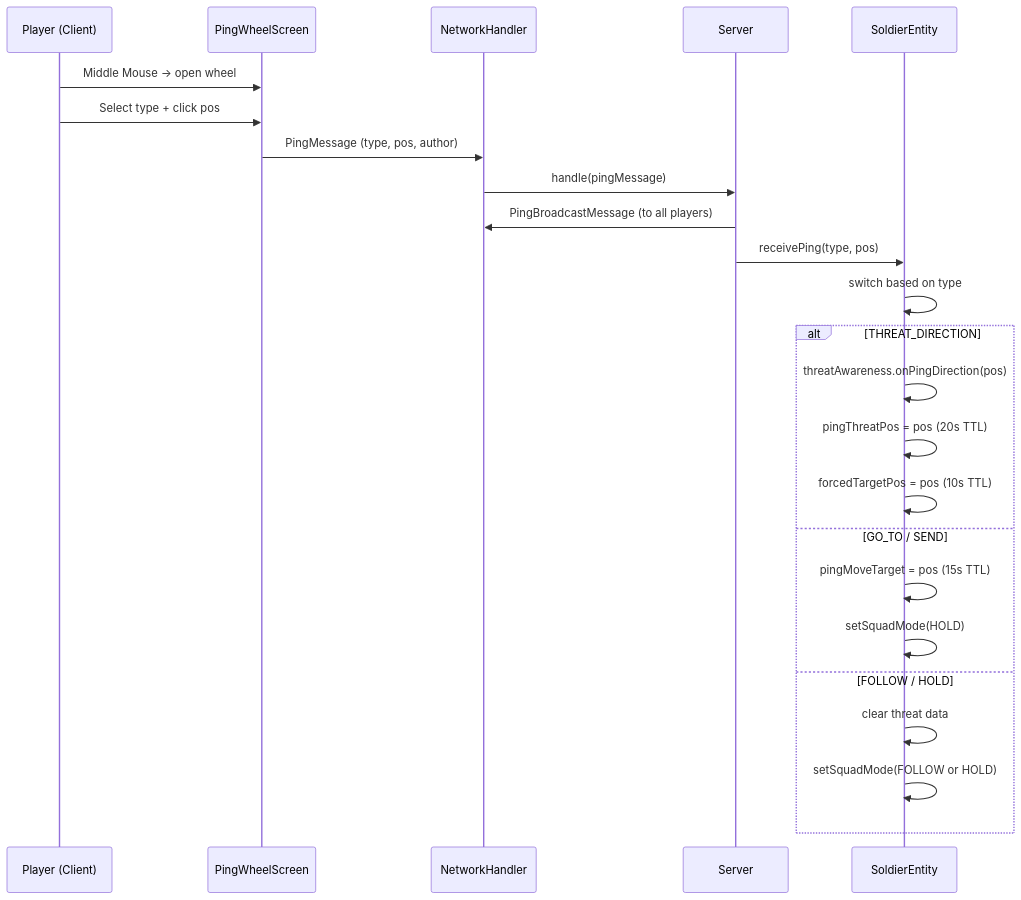
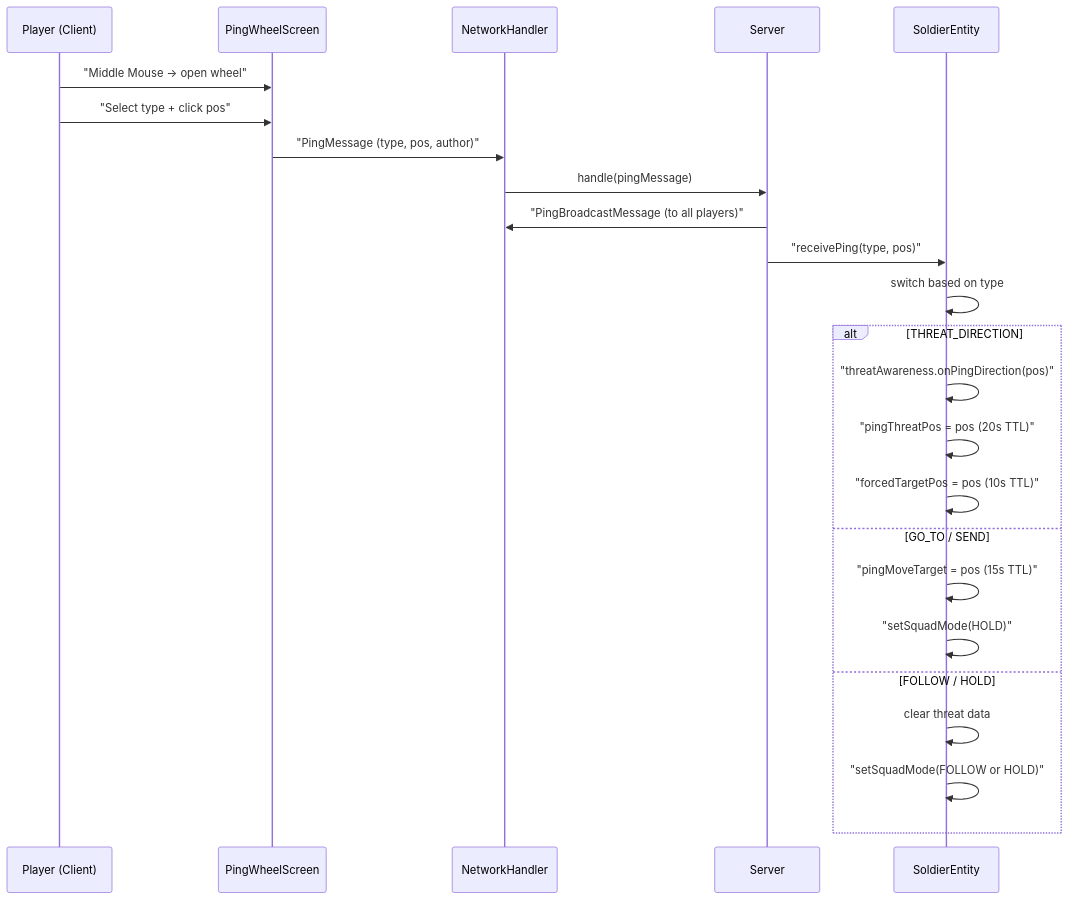
One commit to MegiTicky/steves_army changed diagram 22 of 27 in ARCHITECTURE.md. Above: the diagram before and after it, drawn with Mermaid. The commit also changed other lines of this file, not shown here.

Commit message:
Fix Mermaid v11 syntax: quote all node labels with special characters

````diff
--- a/ARCHITECTURE.md
+++ b/ARCHITECTURE.md
@@ -847,28 +847,28 @@
 ```mermaid
 sequenceDiagram
     Participant Player as Player (Client)
     Participant Wheel as PingWheelScreen
     Participant Network as NetworkHandler
     Participant Server as Server
     Participant Soldier as SoldierEntity
 
-    Player->>Wheel: Middle Mouse -> open wheel
-    Player->>Wheel: Select type + click pos
-    Wheel->>Network: PingMessage (type, pos, author)
+    Player->>Wheel: "Middle Mouse -> open wheel"
+    Player->>Wheel: "Select type + click pos"
+    Wheel->>Network: "PingMessage (type, pos, author)"
     Network->>Server: handle(pingMessage)
-    Server->>Network: PingBroadcastMessage (to all players)
-    Server->>Soldier: receivePing(type, pos)
+    Server->>Network: "PingBroadcastMessage (to all players)"
+    Server->>Soldier: "receivePing(type, pos)"
     Soldier->>Soldier: switch based on type
 
     alt THREAT_DIRECTION
-        Soldier->>Soldier: threatAwareness.onPingDirection(pos)
-        Soldier->>Soldier: pingThreatPos = pos (20s TTL)
-        Soldier->>Soldier: forcedTargetPos = pos (10s TTL)
+        Soldier->>Soldier: "threatAwareness.onPingDirection(pos)"
+        Soldier->>Soldier: "pingThreatPos = pos (20s TTL)"
+        Soldier->>Soldier: "forcedTargetPos = pos (10s TTL)"
     else GO_TO / SEND
-        Soldier->>Soldier: pingMoveTarget = pos (15s TTL)
-        Soldier->>Soldier: setSquadMode(HOLD)
+        Soldier->>Soldier: "pingMoveTarget = pos (15s TTL)"
+        Soldier->>Soldier: "setSquadMode(HOLD)"
     else FOLLOW / HOLD
         Soldier->>Soldier: clear threat data
-        Soldier->>Soldier: setSquadMode(FOLLOW or HOLD)
+        Soldier->>Soldier: "setSquadMode(FOLLOW or HOLD)"
     end
 ```
````
